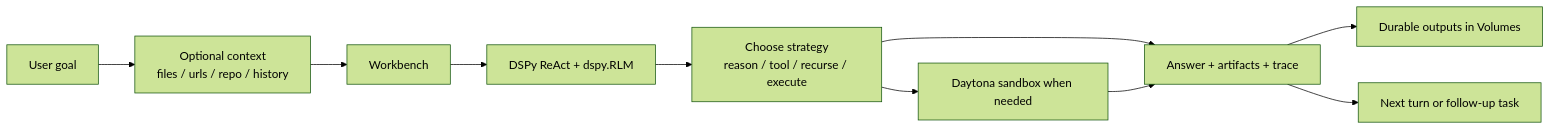
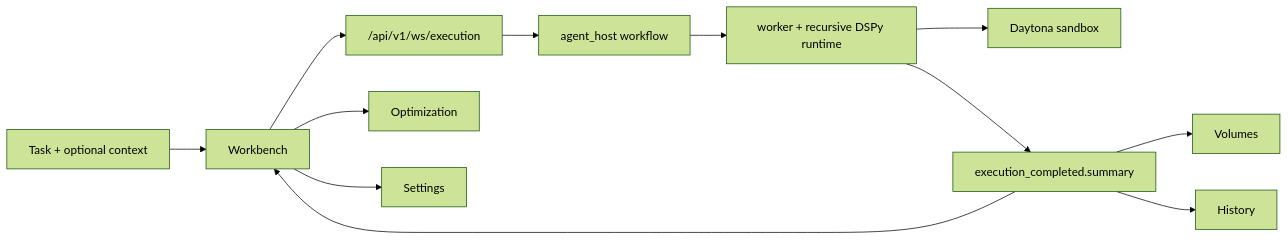
Before and after one commit to Qredence/fleet-rlm: the diagram in docs/explanation/product-spec.md, drawn with Mermaid (forest theme). The commit also changed other lines of this file and 25 other files, not shown here.

````diff
--- a/docs/explanation/product-spec.md
+++ b/docs/explanation/product-spec.md
@@ -323,12 +227,14 @@
 ```mermaid
 flowchart LR
-    User["User goal"] --> Context["Optional context<br/>files / urls / repo / history"]
-    Context --> Workbench["Workbench"]
-    Workbench --> Agent["DSPy ReAct + dspy.RLM"]
-    Agent --> Decide["Choose strategy<br/>reason / tool / recurse / execute"]
-    Decide --> Daytona["Daytona sandbox when needed"]
-    Decide --> Result["Answer + artifacts + trace"]
-    Daytona --> Result
-    Result --> Volumes["Durable outputs in Volumes"]
-    Result --> Next["Next turn or follow-up task"]
+  User["Task + optional context"] --> Workbench["Workbench"]
+  Workbench --> WS["/api/v1/ws/execution"]
+  WS --> Host["agent_host workflow"]
+  Host --> Runtime["worker + recursive DSPy runtime"]
+  Runtime --> Daytona["Daytona sandbox"]
+  Runtime --> Summary["execution_completed.summary"]
+  Summary --> Workbench
+  Summary --> Volumes["Volumes"]
+  Summary --> History["History"]
+  Workbench --> Optimize["Optimization"]
+  Workbench --> Settings["Settings"]
 ```
````
